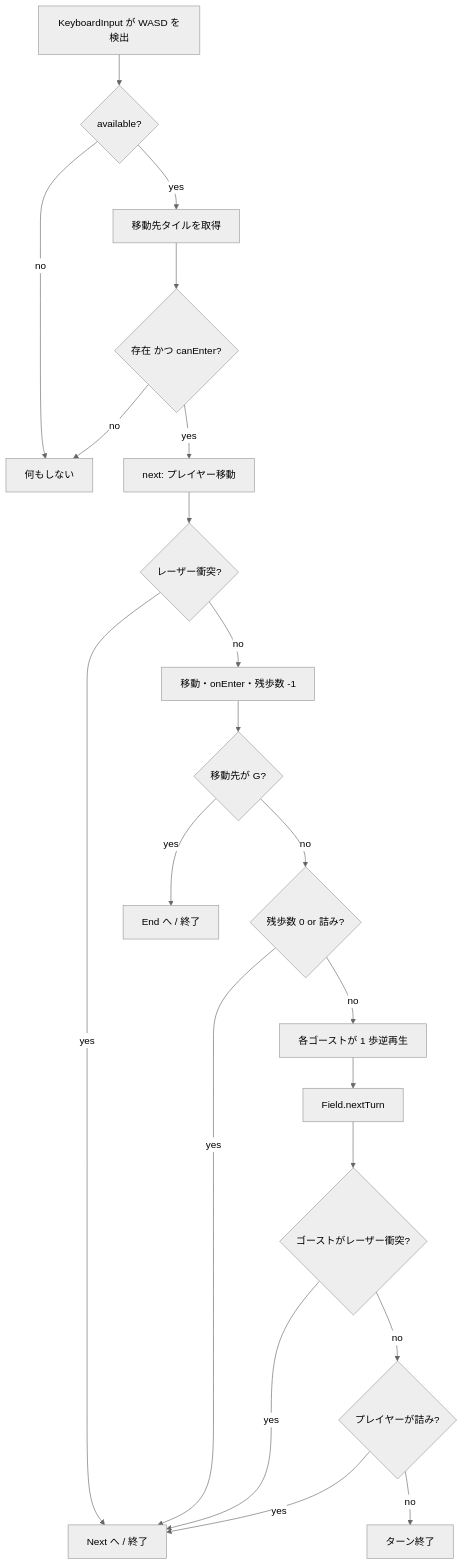
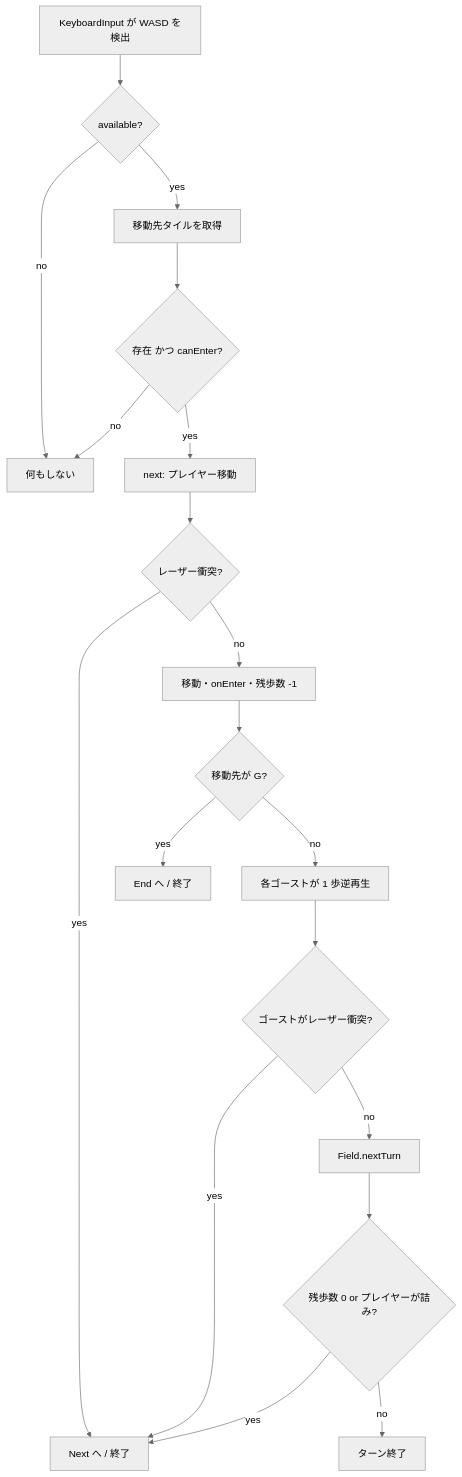
The diagram in dev-docs/02-game-rules.md (Asynchronous-0x4C/LoopCut), drawn with Mermaid (neutral theme) before and after one commit. The commit also changed other lines of this file and 7 other files, not shown here.

````diff
--- a/dev-docs/02-game-rules.md
+++ b/dev-docs/02-game-rules.md
@@ -173,23 +173,21 @@
 ```mermaid
 flowchart TD
   A[KeyboardInput が WASD を検出] --> B{available?}
   B -- no --> Z[何もしない]
   B -- yes --> C[移動先タイルを取得]
   C --> D{存在 かつ canEnter?}
   D -- no --> Z
   D -- yes --> E[next: プレイヤー移動]
   E --> F{レーザー衝突?}
   F -- yes --> X[Next へ / 終了]
   F -- no --> G[移動・onEnter・残歩数 -1]
   G --> H{移動先が G?}
   H -- yes --> Y[End へ / 終了]
-  H -- no --> I{残歩数 0 or 詰み?}
-  I -- yes --> X
-  I -- no --> J[各ゴーストが 1 歩逆再生]
-  J --> J2[Field.nextTurn]
-  J2 --> K{ゴーストがレーザー衝突?}
+  H -- no --> J[各ゴーストが 1 歩逆再生]
+  J --> K{ゴーストがレーザー衝突?}
   K -- yes --> X
-  K -- no --> L{プレイヤーが詰み?}
+  K -- no --> J2[Field.nextTurn]
+  J2 --> L{残歩数 0 or プレイヤーが詰み?}
   L -- yes --> X
   L -- no --> M[ターン終了]
 ```
````
